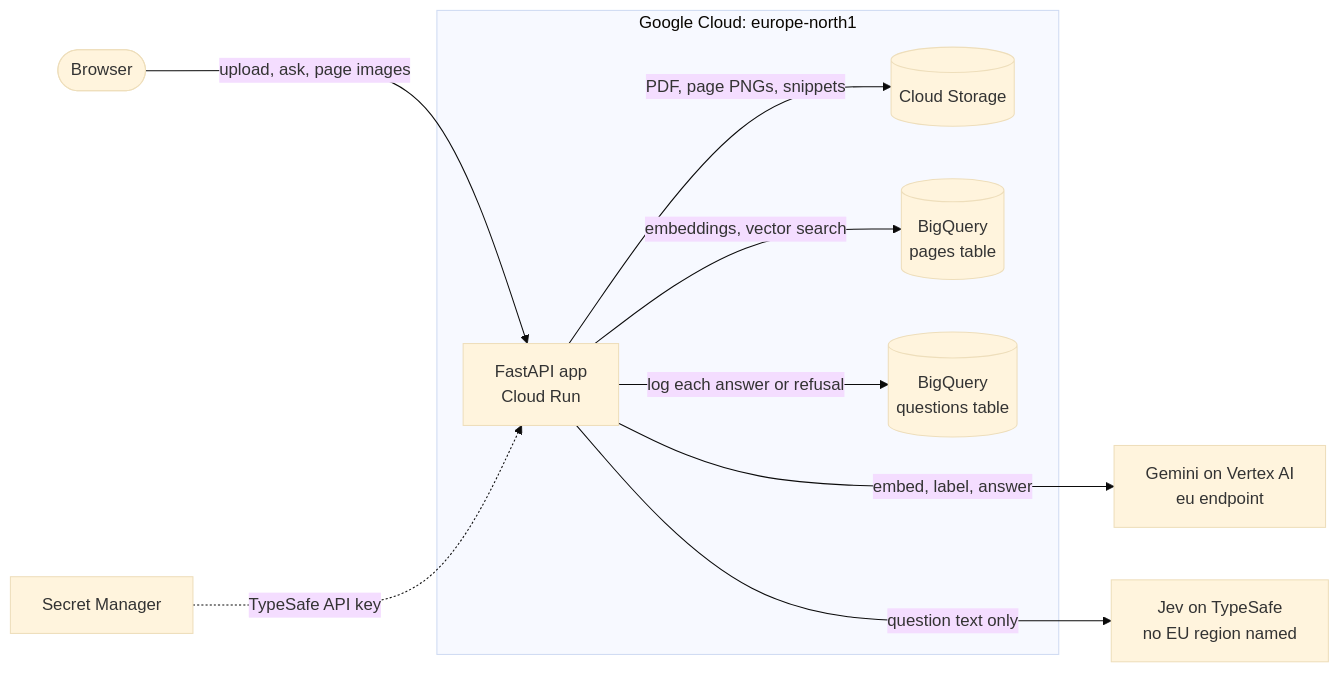
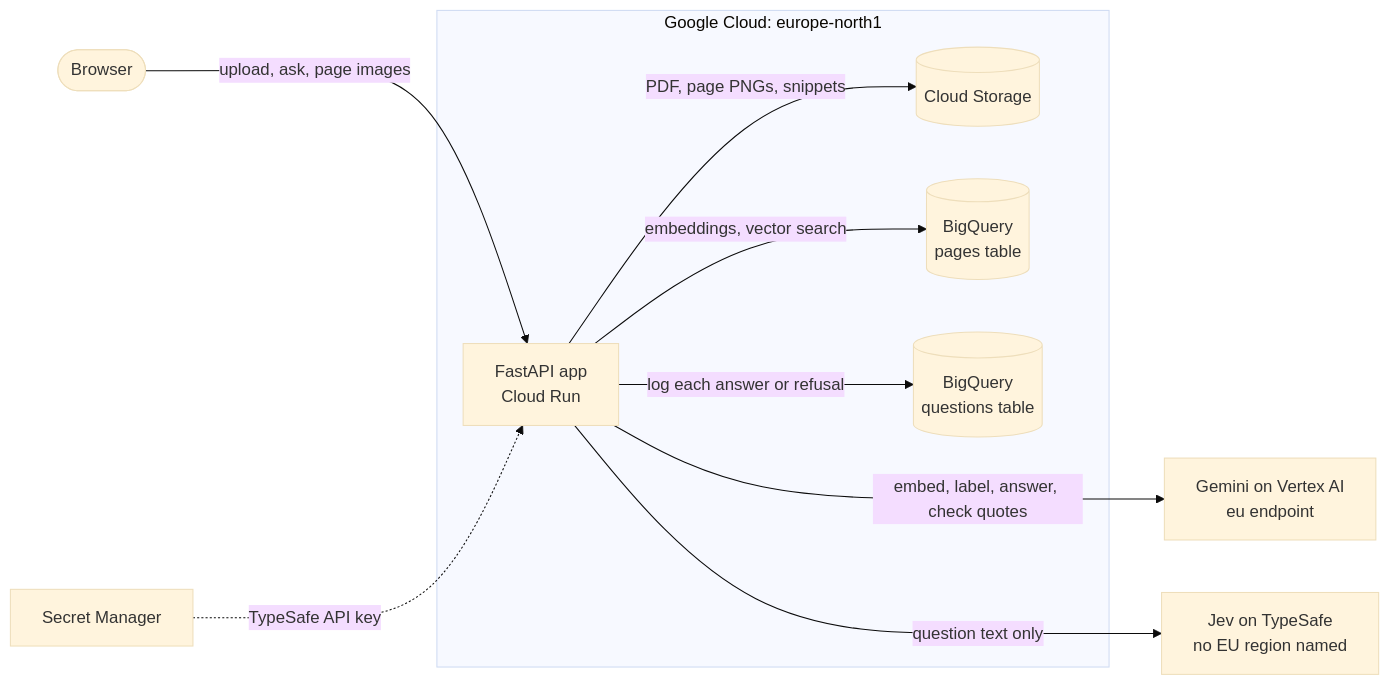
Before and after one commit to ma-esf/seetonic: the diagram in README.md, drawn with Mermaid (base theme). The commit also changed other lines of this file and 6 other files, not shown here.

First line of the commit message:
feat: check quotes the text layer misses with a second Gemini call

````diff
--- a/README.md
+++ b/README.md
@@ -36,19 +37,19 @@
 ```mermaid
 flowchart LR
     accTitle: Seetonic components
     accDescr: The browser calls the FastAPI app on Cloud Run to upload PDFs, ask questions and load page images. The app, Cloud Storage and both BigQuery tables are in europe-north1. The app calls Gemini on Vertex AI through the eu endpoint and sends only the question text to Jev on TypeSafe, which names no EU region. Cloud Run reads the TypeSafe API key from Secret Manager.
 
     browser(["Browser"]) -->|"upload, ask, page images"| app
     subgraph region["Google Cloud: europe-north1"]
         app["FastAPI app<br/>Cloud Run"]
         gcs[("Cloud Storage")]
         pages[("BigQuery<br/>pages table")]
         questions[("BigQuery<br/>questions table")]
     end
     secret["Secret Manager"] -.->|"TypeSafe API key"| app
     app -->|"PDF, page PNGs, snippets"| gcs
     app -->|"embeddings, vector search"| pages
     app -->|"log each answer or refusal"| questions
-    app --->|"embed, label, answer"| gemini["Gemini on Vertex AI<br/>eu endpoint"]
+    app --->|"embed, label, answer, check quotes"| gemini["Gemini on Vertex AI<br/>eu endpoint"]
     app --->|"question text only"| jev["Jev on TypeSafe<br/>no EU region named"]
 ```
````
